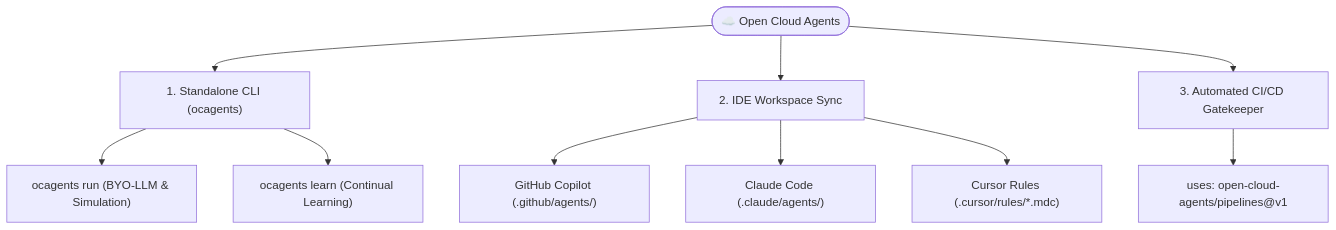
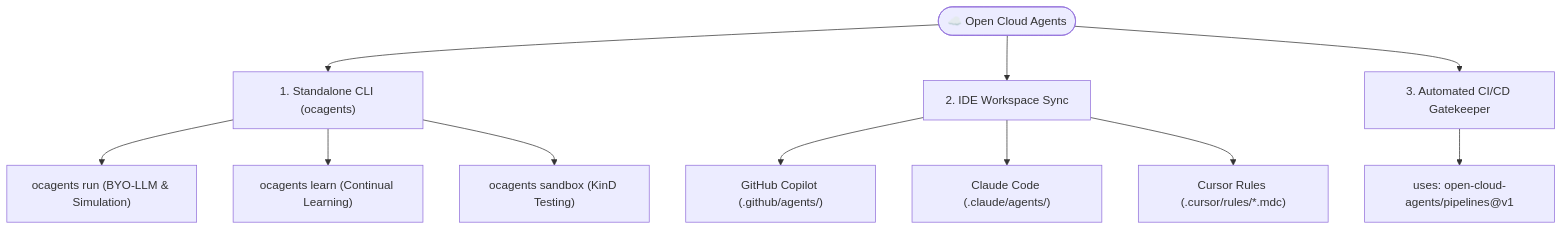
One commit to open-cloud-agents/ocagents changed the diagram in docs/how-to-use-agents.md. Above: the diagram before and after it, drawn with Mermaid. The commit also changed other lines of this file and 2 other files, not shown here.

First line of the commit message:
docs: link to interactive demo sandbox repository in README and docs

````diff
--- a/docs/how-to-use-agents.md
+++ b/docs/how-to-use-agents.md
@@ -9,17 +9,18 @@
 ```mermaid
 flowchart TD
     OCA(["☁️ Open Cloud Agents"])
     
     OCA --> CLI["1. Standalone CLI (ocagents)"]
     OCA --> IDE["2. IDE Workspace Sync"]
     OCA --> CI["3. Automated CI/CD Gatekeeper"]
     
     CLI --> RUN["ocagents run (BYO-LLM & Simulation)"]
     CLI --> LRN["ocagents learn (Continual Learning)"]
+    CLI --> SBX["ocagents sandbox (KinD Testing)"]
     
     IDE --> COP["GitHub Copilot (.github/agents/)"]
     IDE --> CLA["Claude Code (.claude/agents/)"]
     IDE --> CUR["Cursor Rules (.cursor/rules/*.mdc)"]
     
     CI --> ACT["uses: open-cloud-agents/pipelines@v1"]
 ```
````
